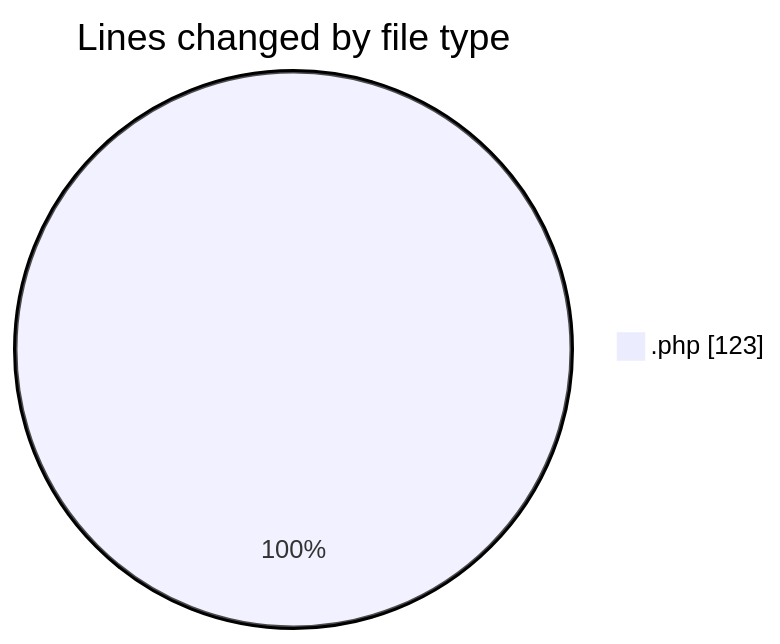
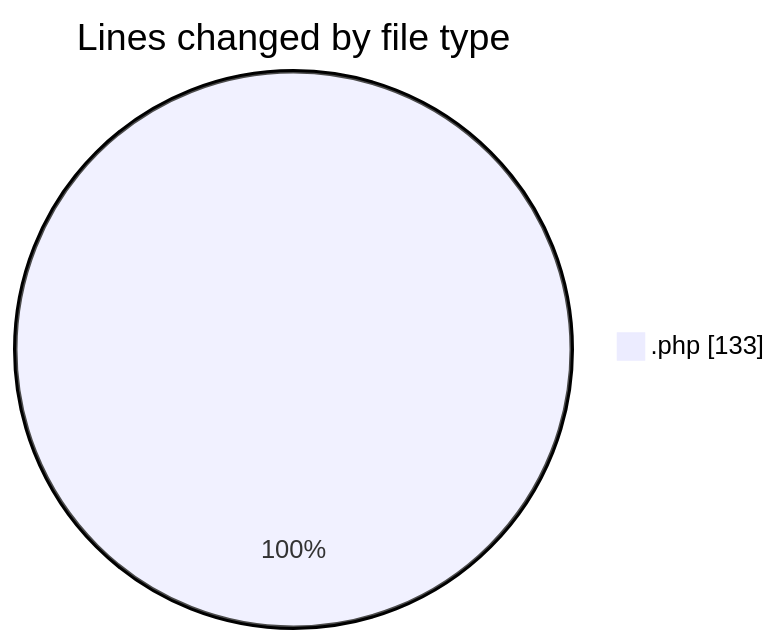
Before and after one commit to LanceThiago/code-tracking: the first of 2 diagrams in 2026-06-17/oficina/README.md, drawn with Mermaid. The commit also changed other lines of this file and 1 other file, not shown here.

````diff
--- a/2026-06-17/oficina/README.md
+++ b/2026-06-17/oficina/README.md
@@ -20,5 +20,5 @@
 ```mermaid
 pie showData
 title Lines changed by file type
-".php" : 123
+".php" : 133
 ```
````
